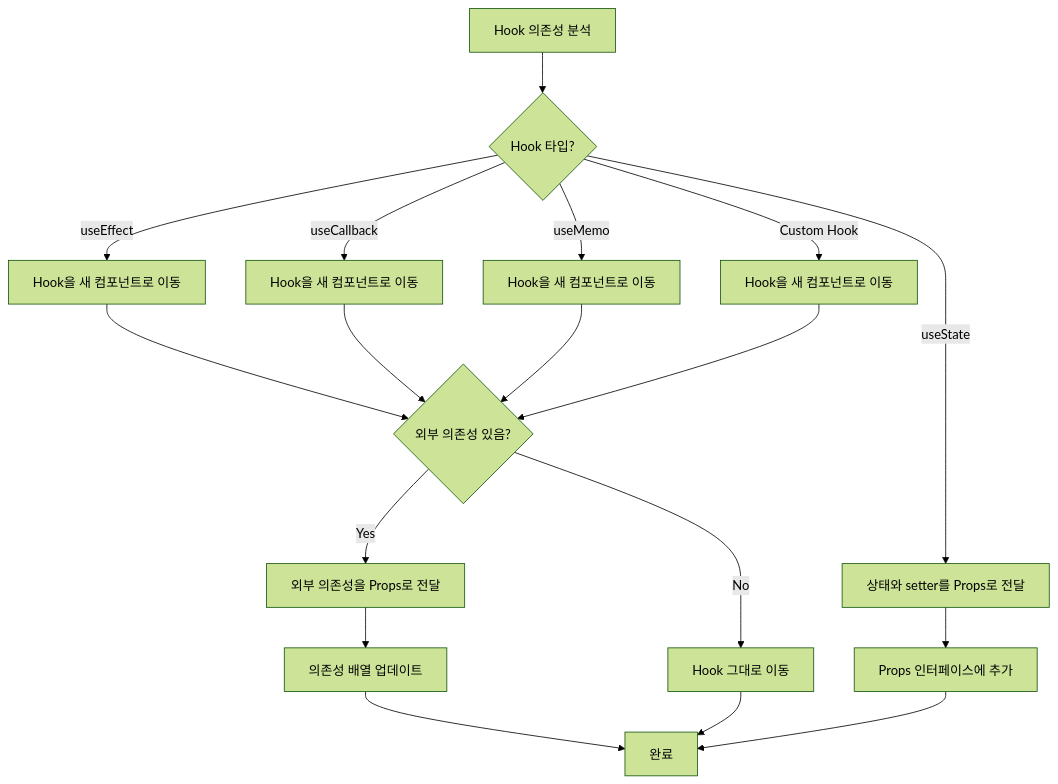
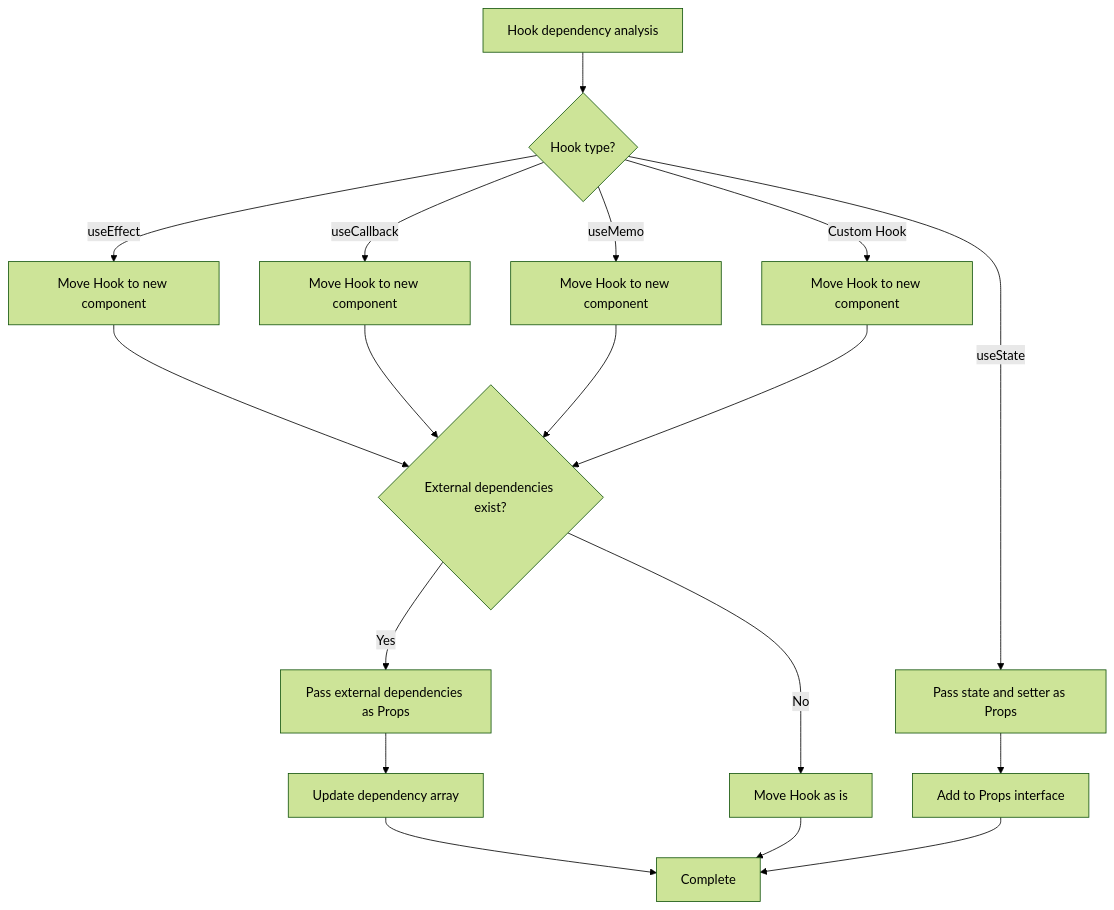
One commit to wickedev/regrafter changed the eighth of 13 diagrams in .claude/specs/jsx-extract/design.md. Above: the diagram before and after it, drawn with Mermaid (forest theme). The commit also changed other lines of this file and 86 other files, not shown here.

````diff
--- a/.claude/specs/jsx-extract/design.md
+++ b/.claude/specs/jsx-extract/design.md
@@ -819,24 +819,24 @@
 ```mermaid
 flowchart TD
-    A[Hook 의존성 분석] --> B{Hook 타입?}
+    A[Hook dependency analysis] --> B{Hook type?}
 
-    B -->|useState| C[상태와 setter를 Props로 전달]
-    B -->|useEffect| D[Hook을 새 컴포넌트로 이동]
-    B -->|useCallback| E[Hook을 새 컴포넌트로 이동]
-    B -->|useMemo| F[Hook을 새 컴포넌트로 이동]
-    B -->|Custom Hook| G[Hook을 새 컴포넌트로 이동]
+    B -->|useState| C[Pass state and setter as Props]
+    B -->|useEffect| D[Move Hook to new component]
+    B -->|useCallback| E[Move Hook to new component]
+    B -->|useMemo| F[Move Hook to new component]
+    B -->|Custom Hook| G[Move Hook to new component]
 
-    C --> H[Props 인터페이스에 추가]
-    D --> I{외부 의존성 있음?}
+    C --> H[Add to Props interface]
+    D --> I{External dependencies exist?}
     E --> I
     F --> I
     G --> I
 
-    I -->|Yes| J[외부 의존성을 Props로 전달]
-    I -->|No| K[Hook 그대로 이동]
+    I -->|Yes| J[Pass external dependencies as Props]
+    I -->|No| K[Move Hook as is]
 
-    J --> L[의존성 배열 업데이트]
-    L --> M[완료]
+    J --> L[Update dependency array]
+    L --> M[Complete]
     K --> M
     H --> M
 ```
````
